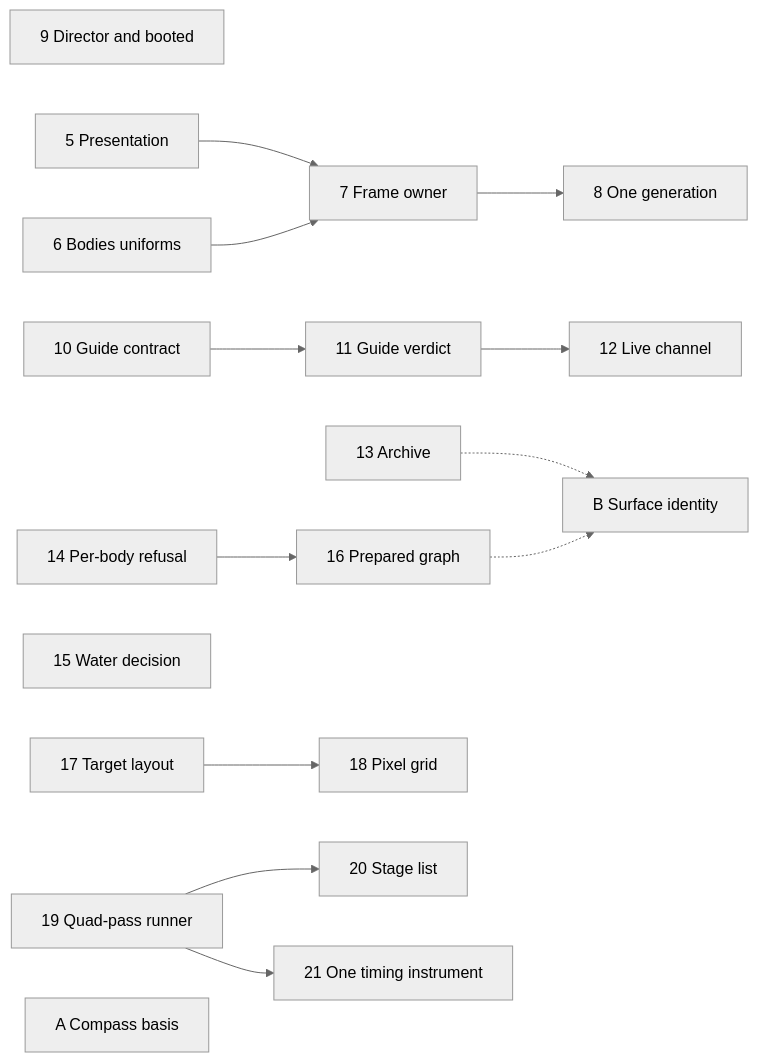
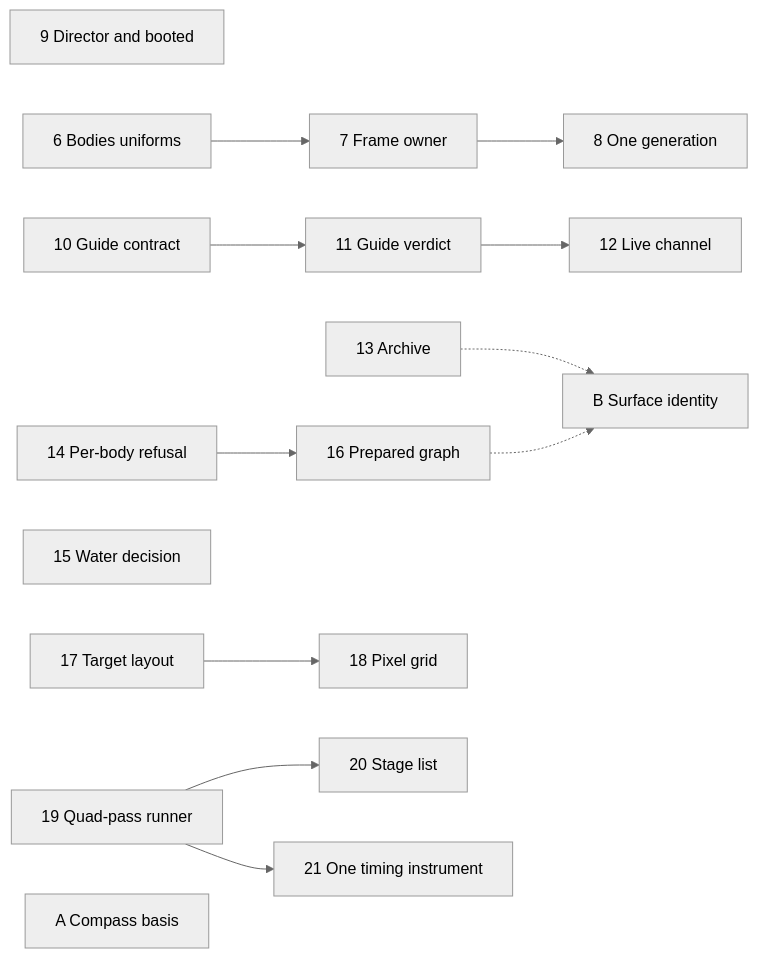
One commit to jonjaques/inertialref changed the diagram in design/plans/arch-review.md. Above: the diagram before and after it, drawn with Mermaid (neutral theme). The commit also changed other lines of this file and 5 other files, not shown here.

````diff
--- a/design/plans/arch-review.md
+++ b/design/plans/arch-review.md
@@ -70,18 +70,17 @@
 ```mermaid
 flowchart LR
   P9[9 Director and booted]
-  P5[5 Presentation]
-  P5 --> P7[7 Frame owner]
+  P7[7 Frame owner]
   P6[6 Bodies uniforms] --> P7
   P7 --> P8[8 One generation]
   P10[10 Guide contract] --> P11[11 Guide verdict] --> P12[12 Live channel]
   P13[13 Archive]
   P14[14 Per-body refusal] --> P16[16 Prepared graph]
   P15[15 Water decision]
   P17[17 Target layout] --> P18[18 Pixel grid]
   P19[19 Quad-pass runner] --> P20[20 Stage list]
   P19 --> P21[21 One timing instrument]
   A[A Compass basis]
   P13 -.-> B[B Surface identity]
   P16 -.-> B
 ```
````
